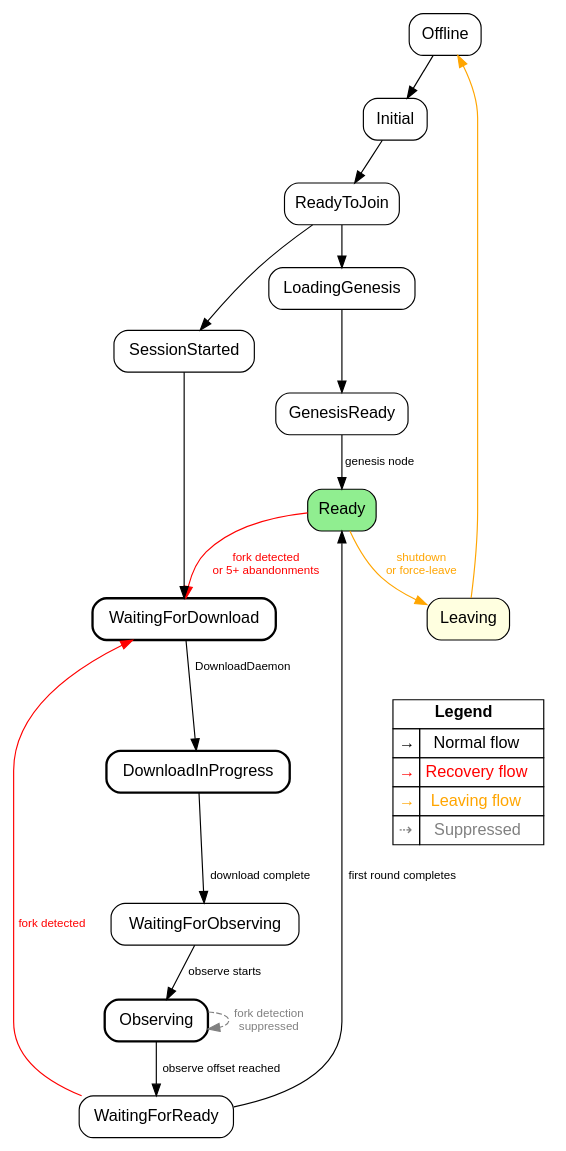
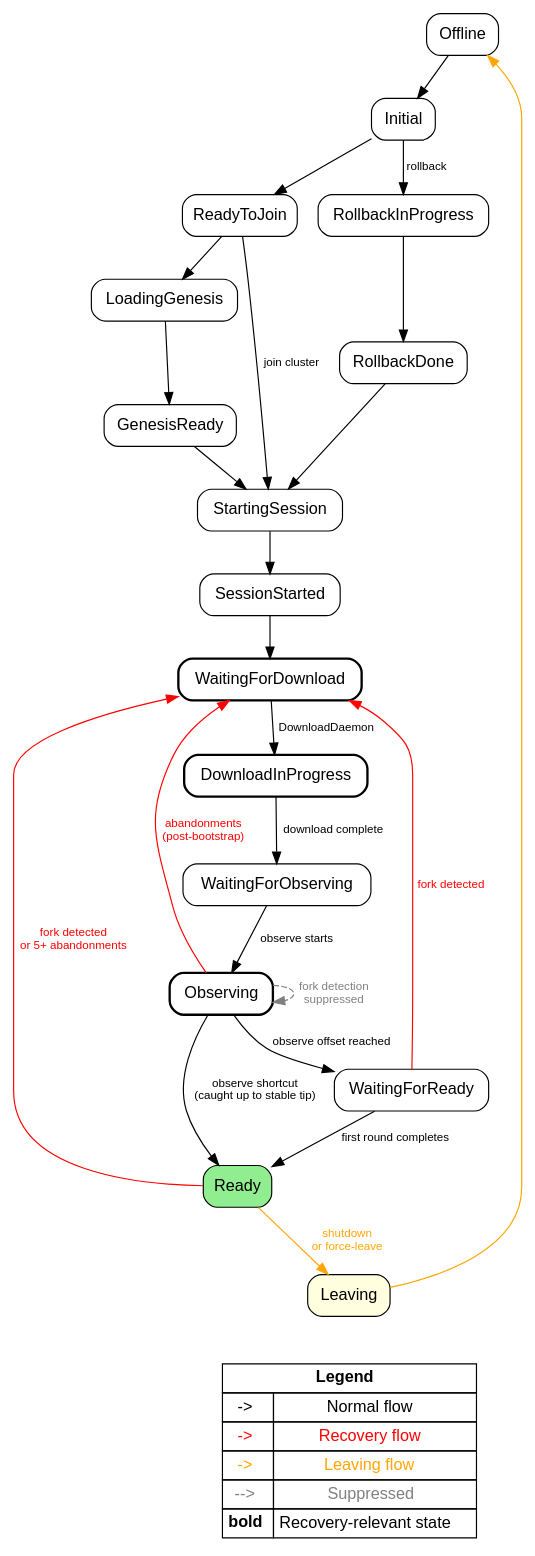
The diagram in docs/consensus/diagrams/node-state-machine.dot (Constellation-Labs/tessellation), drawn with Graphviz before and after one commit. The commit also changed 20 other files, not shown here.

First line of the commit message:
docs: refresh consensus docs and diagrams for fork-recovery followup

```diff
--- a/docs/consensus/diagrams/node-state-machine.dot
+++ b/docs/consensus/diagrams/node-state-machine.dot
@@ -1,61 +1,93 @@
 // Node State Machine
-// Render: dot -Tsvg node-state-machine.dot -o node-state-machine.svg
+// Render: dot -Tpng node-state-machine.dot -o node-state-machine.png
+//
+// Source of truth: NodeState ADT in modules/shared/.../schema/node.scala
+// Transitions sourced from:
+//   - dag-l0/Main.scala            (Initial -> ReadyToJoin, RollbackInProgress -> RollbackDone)
+//   - dag-l1/Main.scala            (Initial -> ReadyToJoin, SessionStarted -> Ready)
+//   - currency-l0/CurrencyL0App    (Initial -> ReadyToJoin)
+//   - currency-l1/CurrencyL1App    (Initial -> ReadyToJoin, SessionStarted -> Ready)
+//   - cluster/services/Session     ({GenesisReady, RollbackDone, ReadyToJoin} -> StartingSession -> SessionStarted)
+//   - consensus/engine/ConsensusManager        (WaitingForObserving -> Observing)
+//   - consensus/state/StateTransitions         (Observing -> WaitingForReady -> Ready, Observing -> Ready shortcut)
+//   - consensus/engine/ConsensusEventLoop      (Observing|Ready -> WaitingForDownload on fork)
+//   - consensus/engine/AbandonmentTracker      (-> Leaving on shutdown, -> WaitingForDownload on abandonments)
+//   - dag-l0/snapshot/programs/Download        (WaitingForDownload -> DownloadInProgress -> WaitingForObserving)
+//   - dag-l0/snapshot/ForkRecoveryService      (Ready/WaitingForReady -> WaitingForDownload)
 
 digraph NodeStateMachine {
     rankdir=TB;
     node [shape=box, style=rounded, fontname="Helvetica"];
     edge [fontname="Helvetica", fontsize=10];
 
     // States
     Offline [label="Offline"];
     Initial [label="Initial"];
     ReadyToJoin [label="ReadyToJoin"];
     LoadingGenesis [label="LoadingGenesis"];
     GenesisReady [label="GenesisReady"];
+    RollbackInProgress [label="RollbackInProgress"];
+    RollbackDone [label="RollbackDone"];
+    StartingSession [label="StartingSession"];
+    SessionStarted [label="SessionStarted"];
     WaitingForDownload [label="WaitingForDownload", style="rounded,bold"];
     DownloadInProgress [label="DownloadInProgress", style="rounded,bold"];
     WaitingForObserving [label="WaitingForObserving"];
     Observing [label="Observing", style="rounded,bold"];
     WaitingForReady [label="WaitingForReady"];
     Ready [label="Ready", style="rounded,filled", fillcolor="lightgreen"];
     Leaving [label="Leaving", fillcolor="lightyellow", style="rounded,filled"];
-    SessionStarted [label="SessionStarted"];
 
-    // Normal flow (black arrows)
+    // Bootstrap (black arrows)
     Offline -> Initial;
     Initial -> ReadyToJoin;
+
+    // Genesis path (genesis node only)
     ReadyToJoin -> LoadingGenesis;
     LoadingGenesis -> GenesisReady;
-    GenesisReady -> Ready [label="genesis node"];
-    ReadyToJoin -> SessionStarted;
+
+    // Rollback path (L0 lead-rollback only)
+    Initial -> RollbackInProgress [label="rollback"];
+    RollbackInProgress -> RollbackDone;
+
+    // Session start (Session.scala — from any of three precursor states)
+    GenesisReady -> StartingSession;
+    RollbackDone -> StartingSession;
+    ReadyToJoin -> StartingSession [label="join cluster"];
+    StartingSession -> SessionStarted;
+
+    // Join / observe / ready
     SessionStarted -> WaitingForDownload;
     WaitingForDownload -> DownloadInProgress [label="DownloadDaemon"];
     DownloadInProgress -> WaitingForObserving [label="download complete"];
     WaitingForObserving -> Observing [label="observe starts"];
     Observing -> WaitingForReady [label="observe offset reached"];
     WaitingForReady -> Ready [label="first round completes"];
+    Observing -> Ready [label="observe shortcut\n(caught up to stable tip)"];
 
     // Recovery flow (red arrows)
     Ready -> WaitingForDownload [label="fork detected\nor 5+ abandonments", color="red", fontcolor="red"];
     WaitingForReady -> WaitingForDownload [label="fork detected", color="red", fontcolor="red"];
+    Observing -> WaitingForDownload [label="abandonments\n(post-bootstrap)", color="red", fontcolor="red"];
 
     // Leaving flow (orange arrows)
     Ready -> Leaving [label="shutdown\nor force-leave", color="orange", fontcolor="orange"];
     Leaving -> Offline [color="orange"];
 
     // Suppressed transitions (dashed gray)
     Observing -> Observing [label="fork detection\nsuppressed", style="dashed", color="gray", fontcolor="gray"];
 
-    // Legend — compact HTML table at bottom
+    // Legend - compact HTML table at bottom
     Legend [shape=plaintext, label=<
         <TABLE BORDER="0" CELLBORDER="1" CELLSPACING="0" CELLPADDING="4">
         <TR><TD COLSPAN="2"><B>Legend</B></TD></TR>
-        <TR><TD>→</TD><TD>Normal flow</TD></TR>
-        <TR><TD><FONT COLOR="red">→</FONT></TD><TD><FONT COLOR="red">Recovery flow</FONT></TD></TR>
-        <TR><TD><FONT COLOR="orange">→</FONT></TD><TD><FONT COLOR="orange">Leaving flow</FONT></TD></TR>
-        <TR><TD><FONT COLOR="gray">⇢</FONT></TD><TD><FONT COLOR="gray">Suppressed</FONT></TD></TR>
+        <TR><TD>-&gt;</TD><TD>Normal flow</TD></TR>
+        <TR><TD><FONT COLOR="red">-&gt;</FONT></TD><TD><FONT COLOR="red">Recovery flow</FONT></TD></TR>
+        <TR><TD><FONT COLOR="orange">-&gt;</FONT></TD><TD><FONT COLOR="orange">Leaving flow</FONT></TD></TR>
+        <TR><TD><FONT COLOR="gray">--&gt;</FONT></TD><TD><FONT COLOR="gray">Suppressed</FONT></TD></TR>
+        <TR><TD><B>bold</B></TD><TD>Recovery-relevant state</TD></TR>
         </TABLE>
     >];
 
     Leaving -> Legend [style=invis];
 }
```
